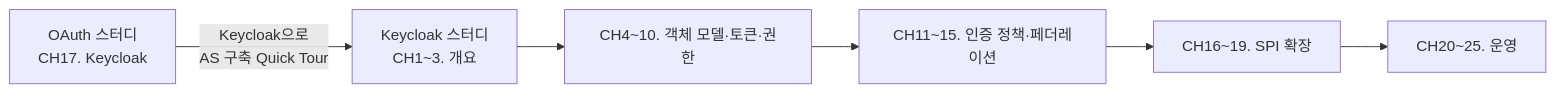
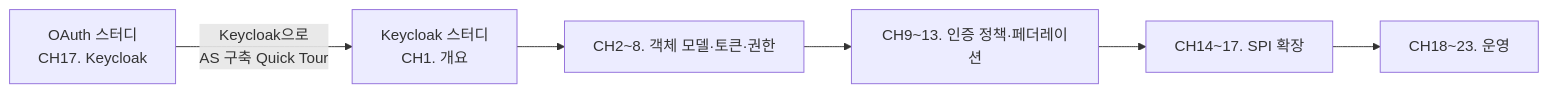
One commit to hobeen-kim/hobeen-kim.github.io changed the second of 2 diagrams in docs/_study/keycloak/01-overview.md. Above: the diagram before and after it, drawn with Mermaid. The commit also changed other lines of this file and 26 other files, not shown here.

````diff
--- a/docs/_study/keycloak/01-overview.md
+++ b/docs/_study/keycloak/01-overview.md
@@ -127,8 +127,8 @@
 ```mermaid
 flowchart LR
-    OAuth[OAuth 스터디<br>CH17. Keycloak] -->|"Keycloak으로<br>AS 구축 Quick Tour"| KC1[Keycloak 스터디<br>CH1~3. 개요]
-    KC1 --> KC2[CH4~10. 객체 모델·토큰·권한]
-    KC2 --> KC3[CH11~15. 인증 정책·페더레이션]
-    KC3 --> KC4[CH16~19. SPI 확장]
-    KC4 --> KC5[CH20~25. 운영]
+    OAuth[OAuth 스터디<br>CH17. Keycloak] -->|"Keycloak으로<br>AS 구축 Quick Tour"| KC1[Keycloak 스터디<br>CH1. 개요]
+    KC1 --> KC2[CH2~8. 객체 모델·토큰·권한]
+    KC2 --> KC3[CH9~13. 인증 정책·페더레이션]
+    KC3 --> KC4[CH14~17. SPI 확장]
+    KC4 --> KC5[CH18~23. 운영]
 ```
````
